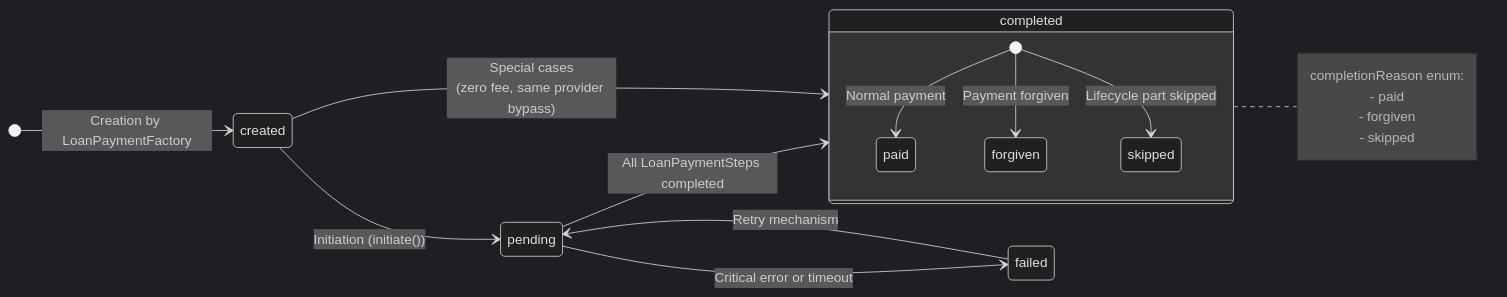
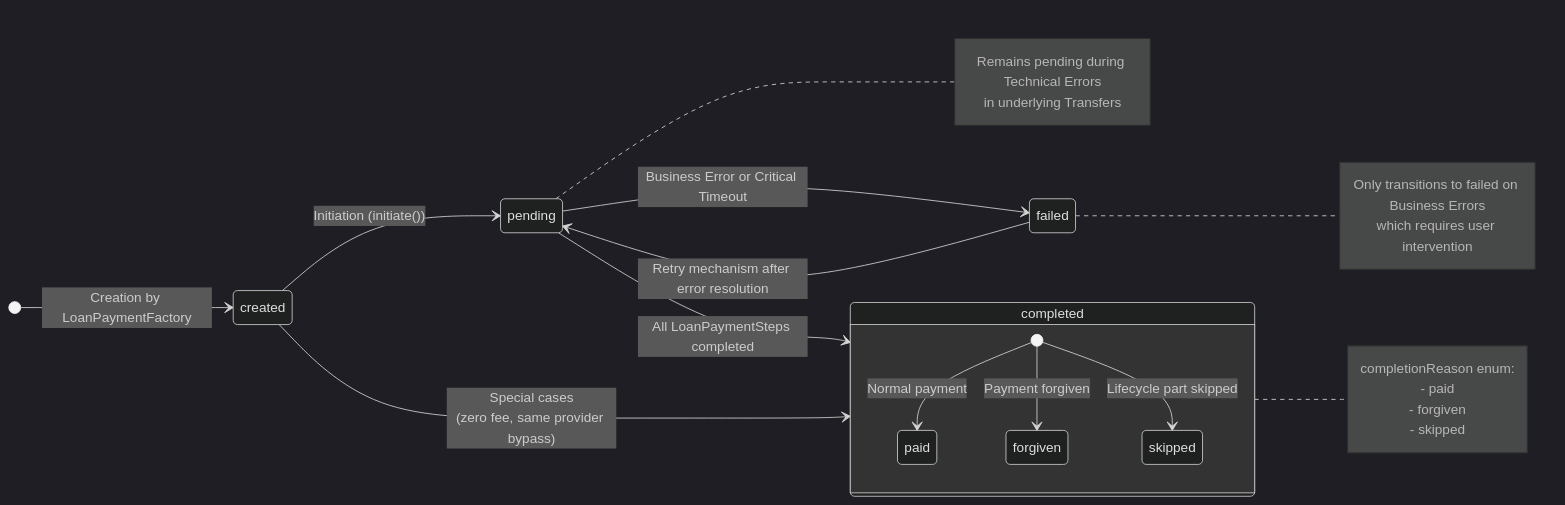
The sixth of 10 diagrams in docs/loan-domain.md (jangot/archipelago-rules), drawn with Mermaid (dark theme) before and after one commit. The commit also changed other lines of this file, not shown here.

First line of the commit message:
WIP on Lending docs: Transfer Error definition and flows described

````diff
--- a/docs/loan-domain.md
+++ b/docs/loan-domain.md
@@ -942,26 +946,36 @@
 ```mermaid
 stateDiagram-v2
     direction LR
     
     [*] --> created: Creation by LoanPaymentFactory
     created --> pending: Initiation (initiate())
     pending --> completed: All LoanPaymentSteps completed
-    pending --> failed: Critical error or timeout
+    pending --> failed: Business Error or Critical Timeout
     
     created --> completed: Special cases<br>(zero fee, same provider bypass)
     
     state completed {
         [*] --> paid: Normal payment
         [*] --> forgiven: Payment forgiven
         [*] --> skipped: Lifecycle part skipped
     }
     
-    failed --> pending: Retry mechanism
+    failed --> pending: Retry mechanism after error resolution
+    
+    note right of pending
+        Remains pending during Technical Errors
+        in underlying Transfers
+    end note
+    
+    note right of failed
+        Only transitions to failed on Business Errors
+        which requires user intervention
+    end note
     
     note right of completed
         completionReason enum:
         - paid
         - forgiven
         - skipped
     end note
 ```
````
